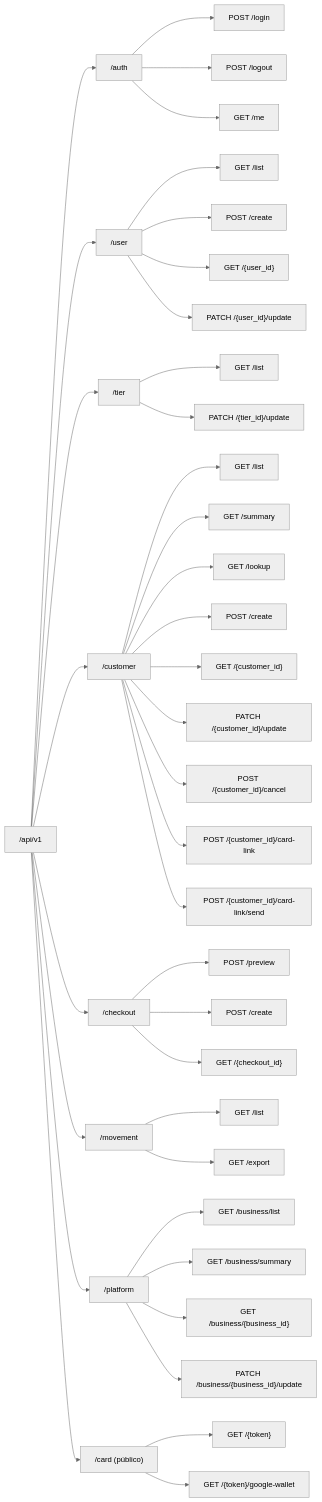
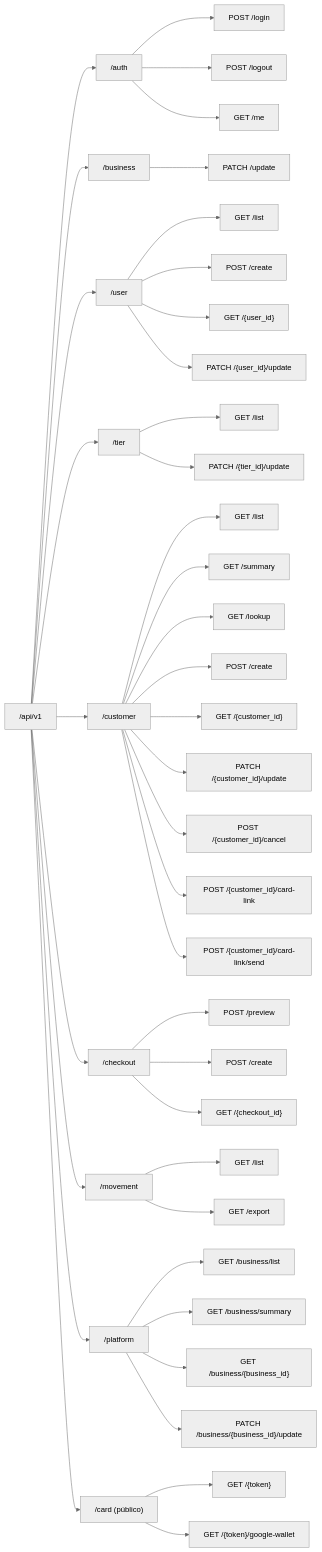
One commit to AGA-Studio/Member-Web changed the eighth of 15 diagrams in docs/ARCHITECTURE.md. Above: the diagram before and after it, drawn with Mermaid (neutral theme). The commit also changed other lines of this file, not shown here.

Commit message:
docs: documentar /business/update y validity_months en /auth/me

````diff
--- a/docs/ARCHITECTURE.md
+++ b/docs/ARCHITECTURE.md
@@ -518,48 +527,51 @@
 ```mermaid
 flowchart LR
     ROOT["/api/v1"] --> AUTH["/auth"]
+    ROOT --> BUS["/business"]
     ROOT --> USER["/user"]
     ROOT --> TIER["/tier"]
     ROOT --> CUST["/customer"]
     ROOT --> CHK["/checkout"]
     ROOT --> MOV["/movement"]
     ROOT --> PLAT["/platform"]
     ROOT --> CARD["/card (público)"]
 
     AUTH --> L["POST /login"]
     AUTH --> LO["POST /logout"]
     AUTH --> ME["GET /me"]
+
+    BUS --> BU["PATCH /update"]
 
     USER --> UL["GET /list"]
     USER --> UC["POST /create"]
     USER --> UG["GET /{user_id}"]
     USER --> UU["PATCH /{user_id}/update"]
 
     TIER --> TL["GET /list"]
     TIER --> TU["PATCH /{tier_id}/update"]
 
     CUST --> CL["GET /list"]
     CUST --> CS["GET /summary"]
     CUST --> CK["GET /lookup"]
     CUST --> CC["POST /create"]
     CUST --> CG["GET /{customer_id}"]
     CUST --> CU["PATCH /{customer_id}/update"]
     CUST --> CX["POST /{customer_id}/cancel"]
     CUST --> CLK["POST /{customer_id}/card-link"]
     CUST --> CLS["POST /{customer_id}/card-link/send"]
 
     CHK --> KP["POST /preview"]
     CHK --> KC["POST /create"]
     CHK --> KG["GET /{checkout_id}"]
 
     MOV --> VL["GET /list"]
     MOV --> VE["GET /export"]
 
     PLAT --> PB["GET /business/list"]
     PLAT --> PS["GET /business/summary"]
     PLAT --> PG["GET /business/{business_id}"]
     PLAT --> PU["PATCH /business/{business_id}/update"]
 
     CARD --> DG["GET /{token}"]
     CARD --> DW["GET /{token}/google-wallet"]
 ```
````
